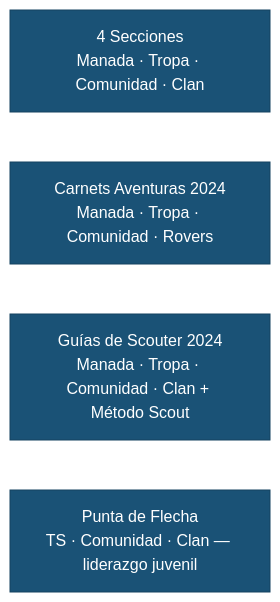
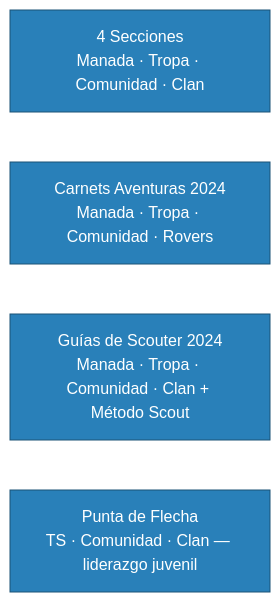
Before and after one commit to conecta-clanes/my-website: the third of 5 diagrams in docs/base-conocimiento/tips-para-todos/mapa-del-conocimiento.md, drawn with Mermaid. The commit also changed other lines of this file and 51 other files, not shown here.

````diff
--- a/docs/base-conocimiento/tips-para-todos/mapa-del-conocimiento.md
+++ b/docs/base-conocimiento/tips-para-todos/mapa-del-conocimiento.md
@@ -113,9 +113,9 @@
 ```mermaid
 flowchart LR
     H1["4 Secciones<BR>Manada · Tropa · Comunidad · Clan"]
     H2["Carnets Aventuras 2024<BR>Manada · Tropa · Comunidad · Rovers"]
     H3["Guías de Scouter 2024<BR>Manada · Tropa · Comunidad · Clan + Método Scout"]
     H4["Punta de Flecha<BR>TS · Comunidad · Clan — liderazgo juvenil"]
-    classDef h fill:#1a5276,stroke:#154360,color:#fff
+    classDef h fill:#2980b9,stroke:#1a5276,color:#fff
     class H1,H2,H3,H4 h
 ```
````
